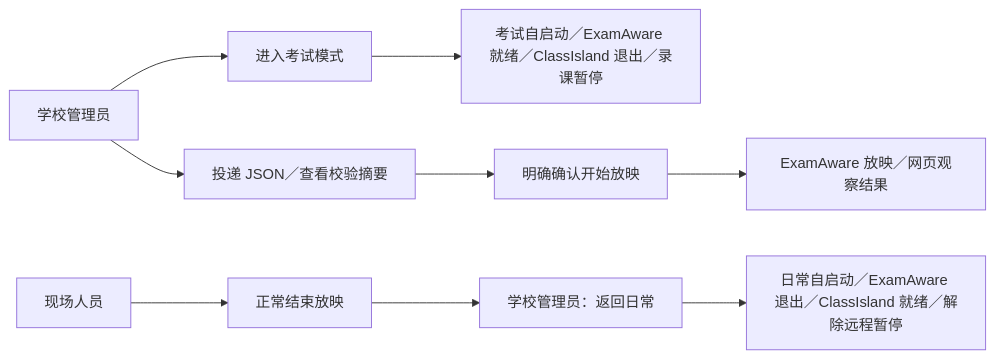
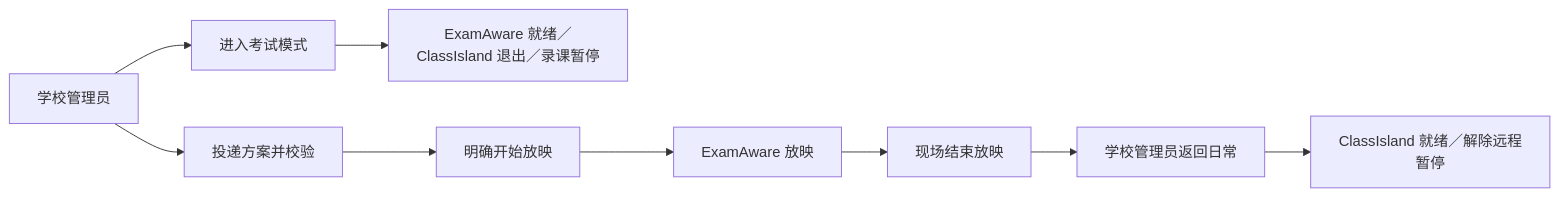
One commit to tempChanghong/NPEduTools changed the diagram in docs/npep/EXAM-MODE-OVERVIEW.md. Above: the diagram before and after it, drawn with Mermaid. The commit also changed other lines of this file and 252 other files, not shown here.

````diff
--- a/docs/npep/EXAM-MODE-OVERVIEW.md
+++ b/docs/npep/EXAM-MODE-OVERVIEW.md
@@ -7,11 +7,11 @@
 ```mermaid
 flowchart LR
-    School[学校管理员] --> Enter[进入考试模式]
-    Enter --> Exam[考试自启动／ExamAware 就绪／ClassIsland 退出／录课暂停]
-    School --> Plan[投递 JSON／查看校验摘要]
-    Plan --> Confirm[明确确认开始放映]
-    Confirm --> Player[ExamAware 放映／网页观察结果]
-    Local[现场人员] --> End[正常结束放映]
-    End --> Return[学校管理员：返回日常]
-    Return --> Daily[日常自启动／ExamAware 退出／ClassIsland 就绪／解除远程暂停]
+    School["学校管理员"] --> Enter["进入考试模式"]
+    Enter --> Exam["ExamAware 就绪／ClassIsland 退出／录课暂停"]
+    School --> Plan["投递方案并校验"]
+    Plan --> Confirm["明确开始放映"]
+    Confirm --> Player["ExamAware 放映"]
+    Player --> End["现场结束放映"]
+    End --> Return["学校管理员返回日常"]
+    Return --> Daily["ClassIsland 就绪／解除远程暂停"]
 ```
````
